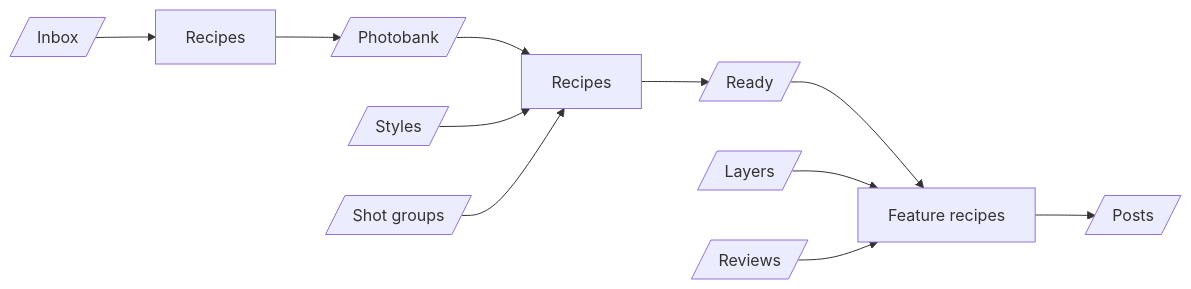
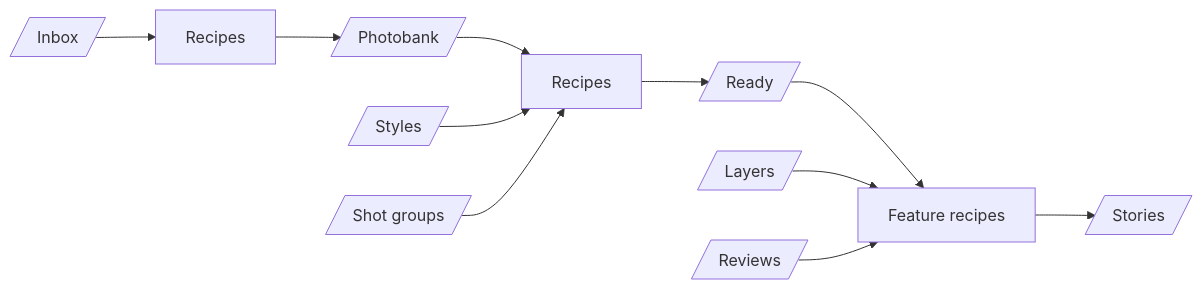
Before and after one commit to losnikitos/rocketbox: the diagram in AGENTS.md, drawn with Mermaid. The commit also changed other lines of this file and 14 other files, not shown here.

Commit message:
Recipes output media, not posts

````diff
--- a/AGENTS.md
+++ b/AGENTS.md
@@ -25,8 +25,8 @@
 ```mermaid
 flowchart LR
- Inbox[/Inbox/] --> InboxRecipes[Recipes] --> Photobank[/Photobank/] --> Recipes --> Ready[/Ready/] --> Features[Feature recipes] --> Posts[/Posts/]
+ Inbox[/Inbox/] --> InboxRecipes[Recipes] --> Photobank[/Photobank/] --> Recipes --> Ready[/Ready/] --> Features[Feature recipes] --> Stories[/Stories/]
  Styles[/Styles/] --> Recipes
  Shots[/Shot groups/] --> Recipes
  Layers[/Layers/] --> Features
  Reviews[/Reviews/] --> Features
 ```
````
